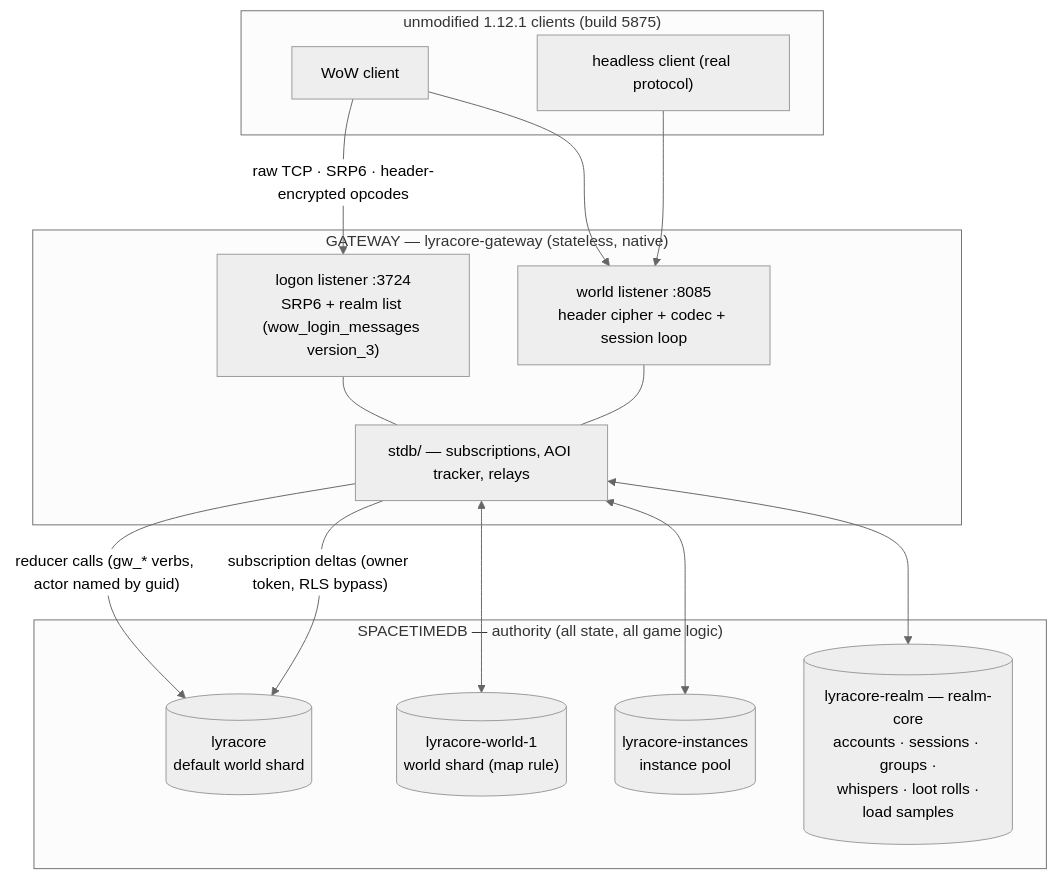
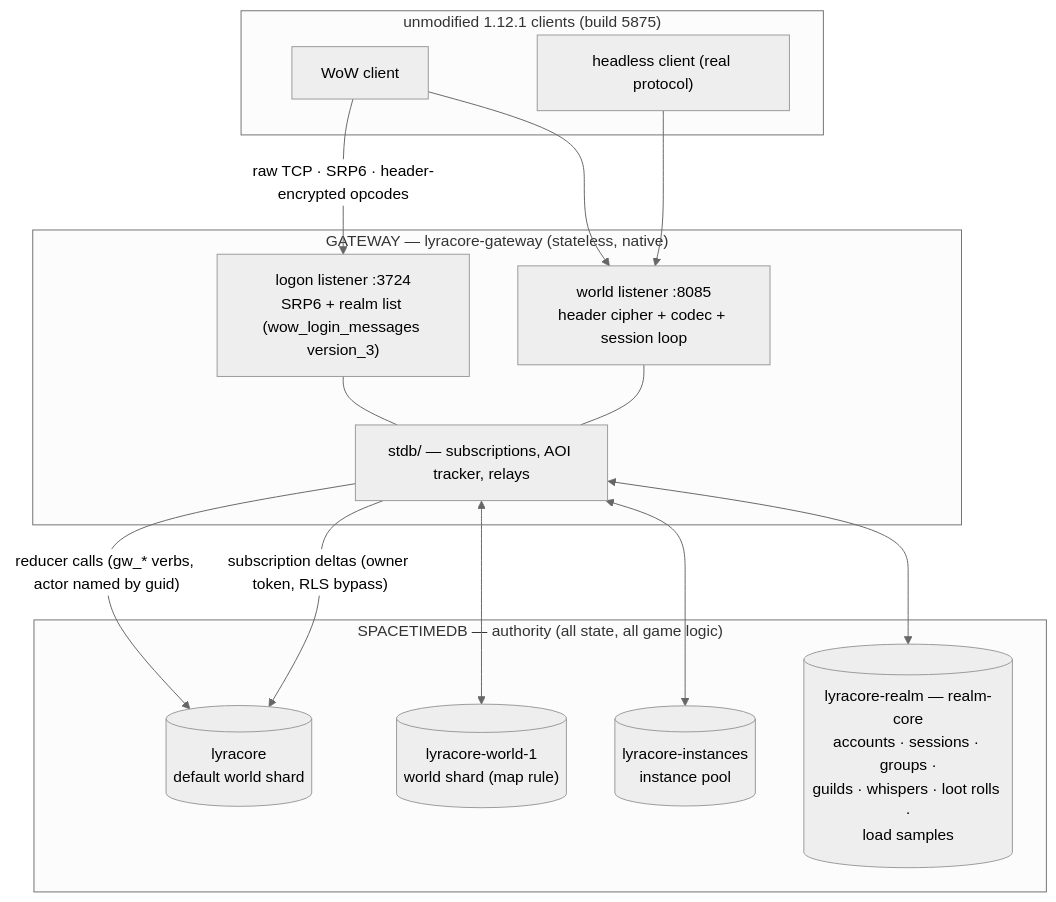
One commit to LyraCoreProject/LyraCore changed the diagram in docs/architecture.md. Above: the diagram before and after it, drawn with Mermaid (neutral theme). The commit also changed other lines of this file and 2 other files, not shown here.

Commit message:
docs(guild): glossary and architecture for guilds on Realm-core

````diff
--- a/docs/architecture.md
+++ b/docs/architecture.md
@@ -27,31 +27,31 @@
 ```mermaid
 flowchart TB
     subgraph clients["unmodified 1.12.1 clients (build 5875)"]
         C1["WoW client"]
         C2["headless client (real protocol)"]
     end
 
     subgraph gw["GATEWAY — lyracore-gateway (stateless, native)"]
         LOGON["logon listener :3724<br/>SRP6 + realm list (wow_login_messages version_3)"]
         WORLD["world listener :8085<br/>header cipher + codec + session loop"]
         SUBS["stdb/ — subscriptions, AOI tracker, relays"]
     end
 
     subgraph stdb["SPACETIMEDB — authority (all state, all game logic)"]
         W0[("lyracore<br/>default world shard")]
         W1[("lyracore-world-1<br/>world shard (map rule)")]
         INST[("lyracore-instances<br/>instance pool")]
-        RC[("lyracore-realm — realm-core<br/>accounts · sessions · groups ·<br/>whispers · loot rolls ·<br/>load samples")]
+        RC[("lyracore-realm — realm-core<br/>accounts · sessions · groups ·<br/>guilds · whispers · loot rolls ·<br/>load samples")]
     end
 
     C1 -- "raw TCP · SRP6 · header-encrypted opcodes" --> LOGON
     C1 --> WORLD
     C2 --> WORLD
     LOGON --- SUBS
     WORLD --- SUBS
     SUBS -- "reducer calls (gw_* verbs, actor named by guid)" --> W0
     SUBS -- "subscription deltas (owner token, RLS bypass)" --> W0
     SUBS <--> W1
     SUBS <--> INST
     SUBS <--> RC
 ```
````
